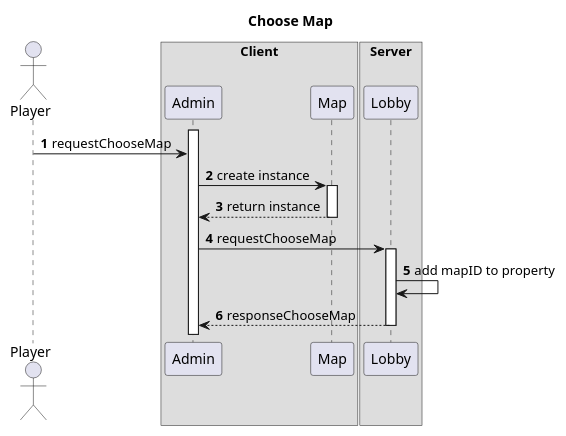
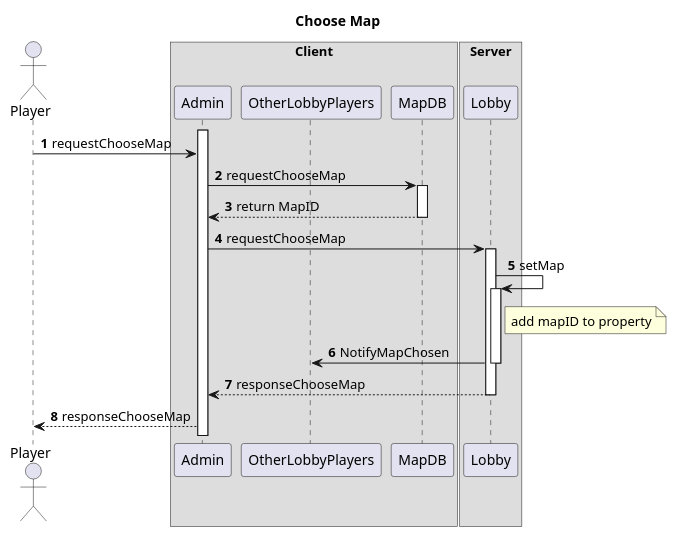
The diagram in docs/SequenceDiagram/Lobby/ChooseMap.plantuml (BaThong0/SpiritWarrior), drawn with PlantUML before and after one commit. The commit also changed 5 other files, not shown here.

Commit message:
Updated sequence diagrams for Lobby

```diff
--- a/docs/SequenceDiagram/Lobby/ChooseMap.plantuml
+++ b/docs/SequenceDiagram/Lobby/ChooseMap.plantuml
@@ -1,31 +1,38 @@
 @startuml
 title Choose Map
 autonumber
 actor Player
 
 box "Client"
 participant Admin
-participant Map
+participant OtherLobbyPlayers
+participant MapDB
 end box
 
 box "Server"
 participant Lobby
 endbox
 
 activate Admin
 
 
 Player -> Admin: requestChooseMap
-Admin -> Map: create instance
-activate Map 
-Map --> Admin: return instance
-deactivate Map 
+Admin -> MapDB: requestChooseMap
+activate MapDB 
+MapDB --> Admin: return MapID
+deactivate MapDB
 Admin -> Lobby: requestChooseMap
 activate Lobby
-Lobby -> Lobby: add mapID to property
+Lobby -> Lobby: setMap
+note right Lobby
+add mapID to property
+end note 
+activate Lobby 
+Lobby -> OtherLobbyPlayers: NotifyMapChosen
+deactivate Lobby
 Lobby --> Admin: responseChooseMap
 deactivate Lobby 
-
+Admin --> Player: responseChooseMap
 
 
 @enduml
```
